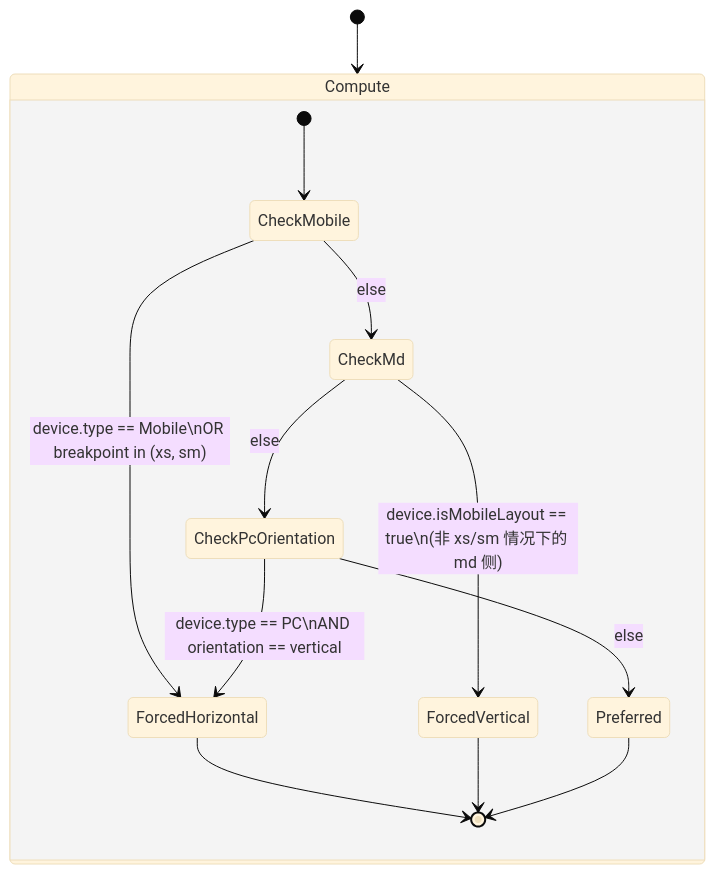
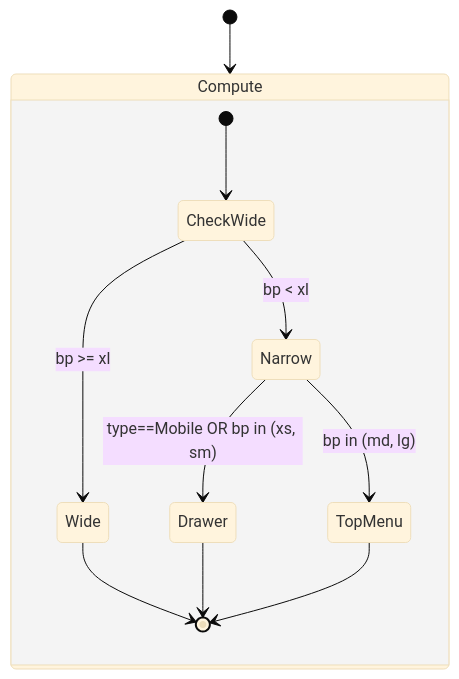
Before and after one commit to ichichuang/ccd: the diagram in docs/ai-specs/LAYOUT_ARCHITECTURE.md, drawn with Mermaid (base theme). The commit also changed other lines of this file and 27 other files, not shown here.

Commit message:
chore: backup pro-components architecture rules

````diff
--- a/docs/ai-specs/LAYOUT_ARCHITECTURE.md
+++ b/docs/ai-specs/LAYOUT_ARCHITECTURE.md
@@ -76,21 +76,15 @@
 ```mermaid
 stateDiagram-v2
   [*] --> Compute
 
   state Compute {
-    [*] --> CheckMobile
-
-    CheckMobile --> ForcedHorizontal : device.type == Mobile\nOR breakpoint in (xs, sm)
-    CheckMobile --> CheckMd : else
-
-    CheckMd --> ForcedVertical : device.isMobileLayout == true\n(非 xs/sm 情况下的 md 侧)
-    CheckMd --> CheckPcOrientation : else
-
-    CheckPcOrientation --> ForcedHorizontal : device.type == PC\nAND orientation == vertical
-    CheckPcOrientation --> Preferred : else
-
-    ForcedHorizontal --> [*]
-    ForcedVertical --> [*]
-    Preferred --> [*]
+    [*] --> CheckWide
+    CheckWide --> Wide : bp >= xl
+    Wide --> [*]
+    CheckWide --> Narrow : bp < xl
+    Narrow --> Drawer : type==Mobile OR bp in (xs, sm)
+    Narrow --> TopMenu : bp in (md, lg)
+    Drawer --> [*]
+    TopMenu --> [*]
   }
 ```
````
